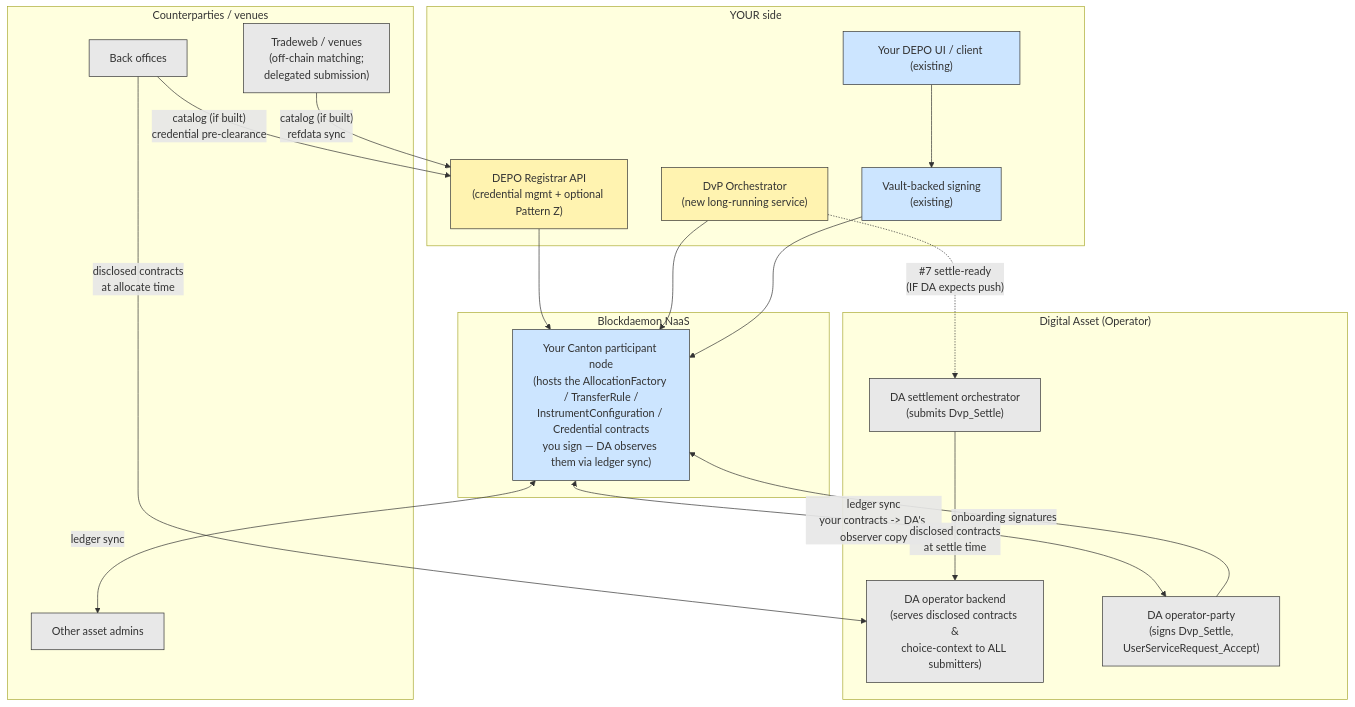
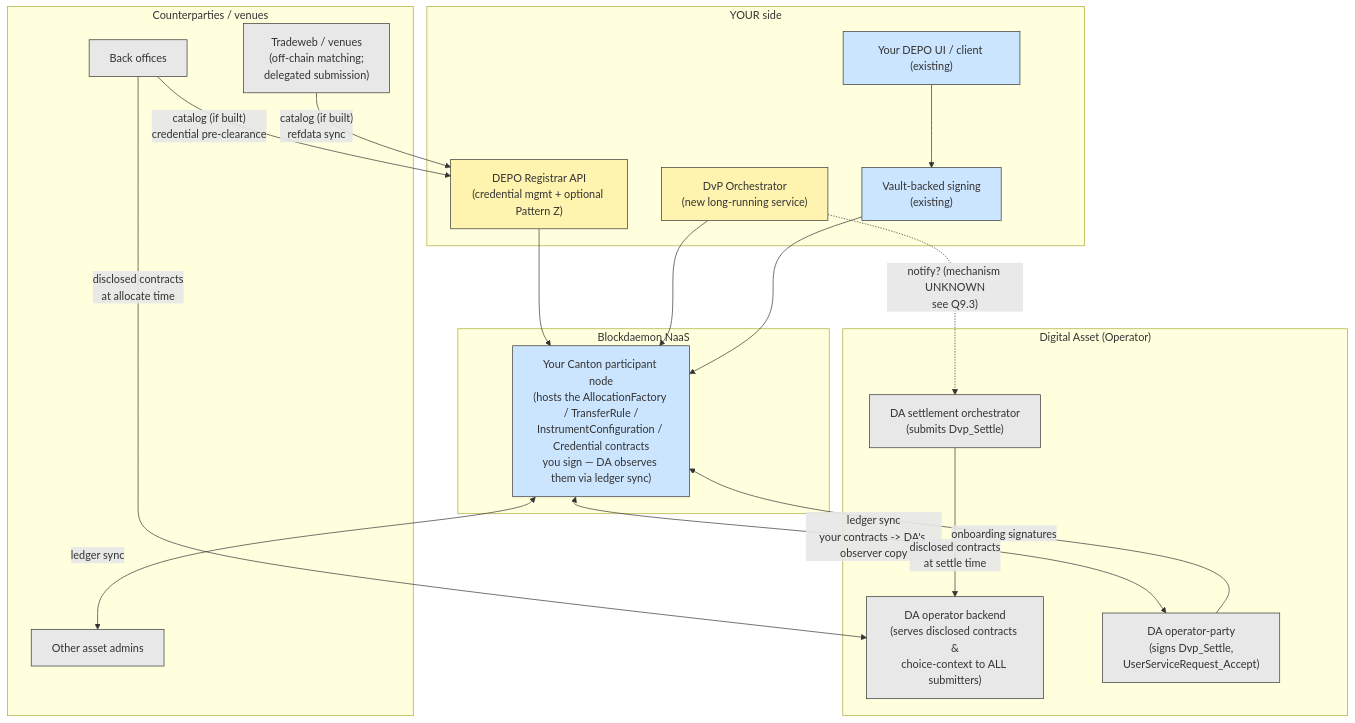
Before and after one commit to sickle5stone/canton: the first of 7 diagrams in DEPO_dvp_design.md, drawn with Mermaid. The commit also changed other lines of this file, not shown here.

````diff
--- a/DEPO_dvp_design.md
+++ b/DEPO_dvp_design.md
@@ -51,46 +51,46 @@
 ```mermaid
 graph TB
     subgraph You["YOUR side"]
         UI["Your DEPO UI / client (existing)"]
         API["DEPO Registrar API<br/>(credential mgmt + optional Pattern Z)"]
         ORCH["DvP Orchestrator<br/>(new long-running service)"]
         SIGN["Vault-backed signing<br/>(existing)"]
     end
 
     subgraph NaaS["Blockdaemon NaaS"]
         NODE["Your Canton participant node<br/>(hosts the AllocationFactory / TransferRule /<br/>InstrumentConfiguration / Credential contracts<br/>you sign — DA observes them via ledger sync)"]
     end
 
     subgraph DA["Digital Asset (Operator)"]
         DABACK["DA operator backend<br/>(serves disclosed contracts &<br/>choice-context to ALL submitters)"]
         DASETTLE["DA settlement orchestrator<br/>(submits Dvp_Settle)"]
         DAOP["DA operator-party<br/>(signs Dvp_Settle,<br/>UserServiceRequest_Accept)"]
     end
 
     subgraph CP["Counterparties / venues"]
         CPBO["Back offices"]
         TW["Tradeweb / venues<br/>(off-chain matching;<br/>delegated submission)"]
         CPADM["Other asset admins"]
     end
 
     UI --> SIGN
     API --> NODE
     ORCH --> NODE
     SIGN --> NODE
     NODE <-->|ledger sync<br/>your contracts -> DA's observer copy| DAOP
     NODE <-->|ledger sync| CPADM
 
     CPBO -->|"catalog (if built)<br/>credential pre-clearance"| API
     TW -->|"catalog (if built)<br/>refdata sync"| API
     CPBO -->|"disclosed contracts<br/>at allocate time"| DABACK
     DASETTLE -->|"disclosed contracts<br/>at settle time"| DABACK
-    ORCH -.->|"#7 settle-ready<br/>(IF DA expects push)"| DASETTLE
+    ORCH -.->|"notify? (mechanism UNKNOWN<br/>see Q9.3)"| DASETTLE
     DAOP -->|onboarding signatures| NODE
 
     classDef new fill:#fff3b0,stroke:#333
     classDef existing fill:#cce5ff,stroke:#333
     classDef external fill:#e8e8e8,stroke:#333
     class API,ORCH new
     class UI,SIGN,NODE existing
     class DABACK,DASETTLE,DAOP,CPBO,TW,CPADM external
 ```
````
